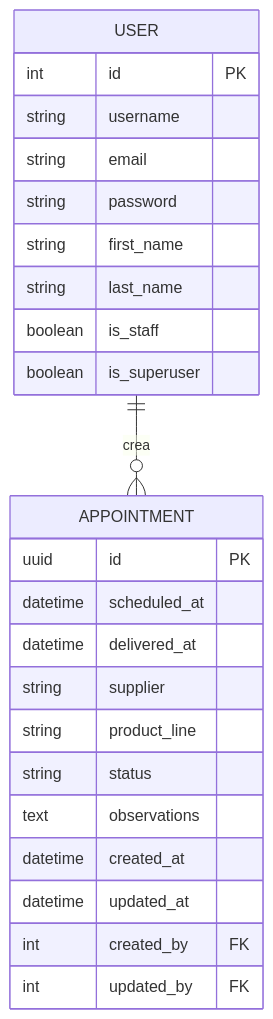
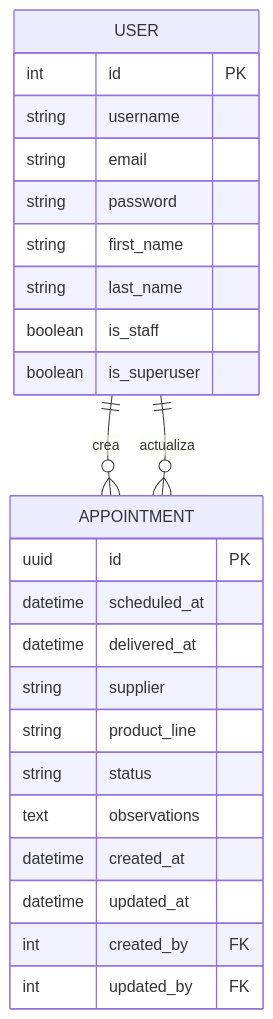
The diagram in README.md (Chencho2323/appointment-management-system), drawn with Mermaid before and after one commit. The commit also changed other lines of this file and 3 other files, not shown here.

````diff
--- a/README.md
+++ b/README.md
@@ -36,27 +36,28 @@
 ```mermaid
 erDiagram
     USER {
         int id PK
         string username
         string email
         string password
         string first_name
         string last_name
         boolean is_staff
         boolean is_superuser
     }
     APPOINTMENT {
         uuid id PK
         datetime scheduled_at
         datetime delivered_at
         string supplier
         string product_line
         string status
         text observations
         datetime created_at
         datetime updated_at
         int created_by FK
         int updated_by FK
     }
     USER ||--o{ APPOINTMENT : "crea"
+    USER ||--o{ APPOINTMENT : "actualiza"
 ```
````
